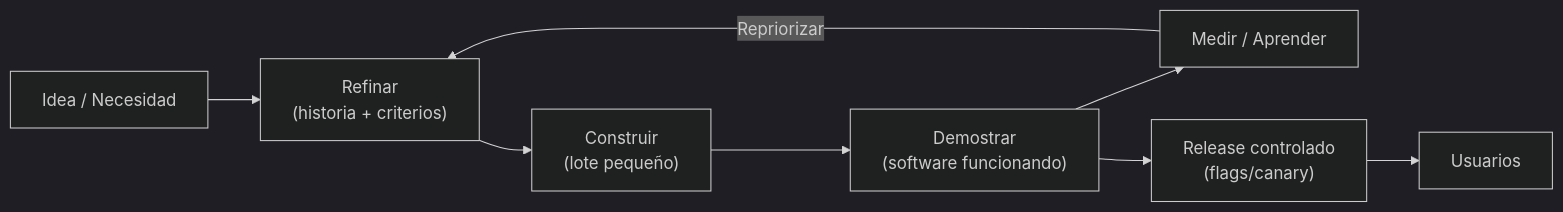
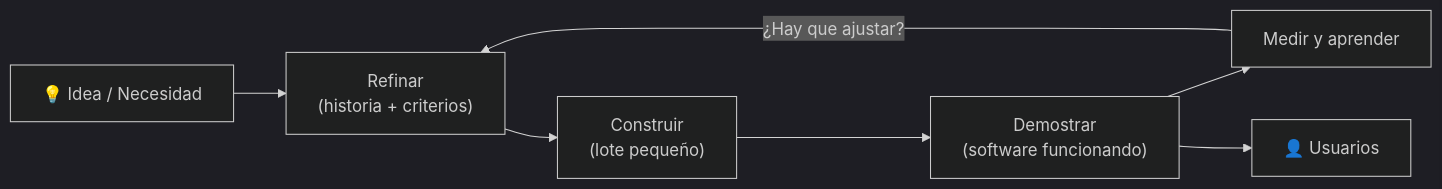
One commit to aitorventura/entornos-de-desarrollo changed the first of 5 diagrams in docs/tema1/metodologias.md. Above: the diagram before and after it, drawn with Mermaid (dark theme). The commit also changed other lines of this file and 348 other files, not shown here.

````diff
--- a/docs/tema1/metodologias.md
+++ b/docs/tema1/metodologias.md
@@ -40,14 +56,9 @@
 ```mermaid
 flowchart LR
-  A["Idea / Necesidad"] --> B["Refinar
-(historia + criterios)"]
-  B --> C["Construir
-(lote pequeño)"]
-  C --> D["Demostrar
-(software funcionando)"]
-  D --> E["Medir / Aprender"]
-  E -- Repriorizar --> B
-  D --> X["Release controlado
-(flags/canary)"]
-  X --> R["Usuarios"]
+  A["💡 Idea / Necesidad"] --> B["Refinar\n(historia + criterios)"]
+  B --> C["Construir\n(lote pequeño)"]
+  C --> D["Demostrar\n(software funcionando)"]
+  D --> E["Medir y aprender"]
+  E -->|"¿Hay que ajustar?"| B
+  D --> R["👤 Usuarios"]
 ```
````
